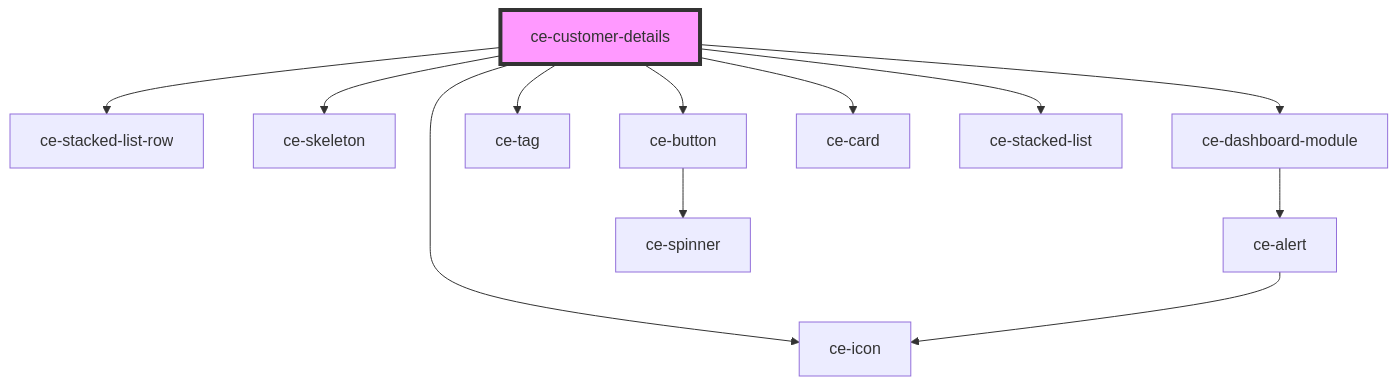
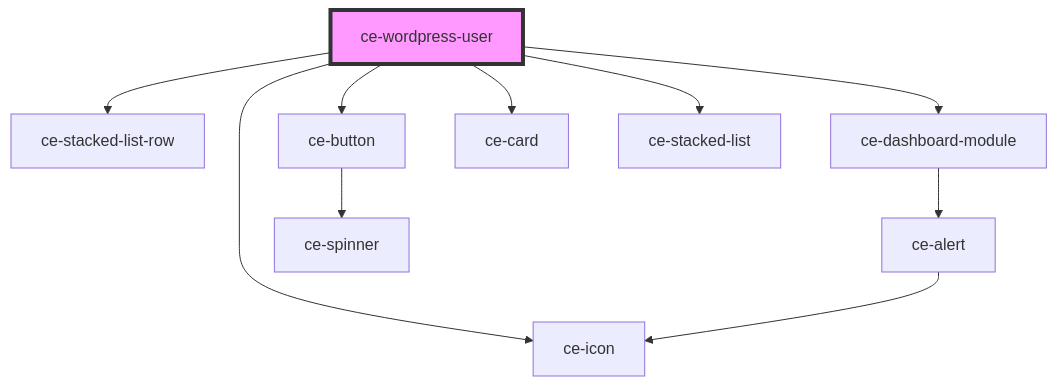
Before and after one commit to surecart/surecart-wp-plugin: the diagram in packages/components/src/components/controllers/dashboard/wordpress-user/readme.md, drawn with Mermaid. The commit also changed other lines of this file and 27 other files, not shown here.

````diff
--- a/packages/components/src/components/controllers/dashboard/wordpress-user/readme.md
+++ b/packages/components/src/components/controllers/dashboard/wordpress-user/readme.md
@@ -30,15 +28,13 @@
 ```mermaid
 graph TD;
-  ce-customer-details --> ce-stacked-list-row
-  ce-customer-details --> ce-skeleton
-  ce-customer-details --> ce-dashboard-module
-  ce-customer-details --> ce-tag
-  ce-customer-details --> ce-button
-  ce-customer-details --> ce-icon
-  ce-customer-details --> ce-card
-  ce-customer-details --> ce-stacked-list
+  ce-wordpress-user --> ce-stacked-list-row
+  ce-wordpress-user --> ce-dashboard-module
+  ce-wordpress-user --> ce-button
+  ce-wordpress-user --> ce-icon
+  ce-wordpress-user --> ce-card
+  ce-wordpress-user --> ce-stacked-list
   ce-dashboard-module --> ce-alert
   ce-alert --> ce-icon
   ce-button --> ce-spinner
-  style ce-customer-details fill:#f9f,stroke:#333,stroke-width:4px
+  style ce-wordpress-user fill:#f9f,stroke:#333,stroke-width:4px
 ```
````
